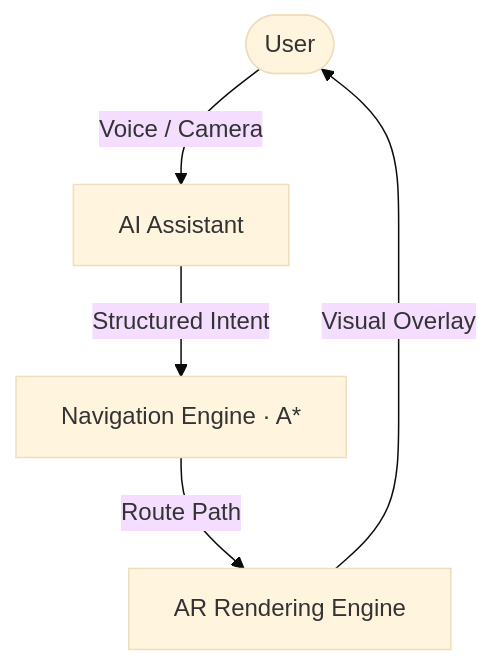
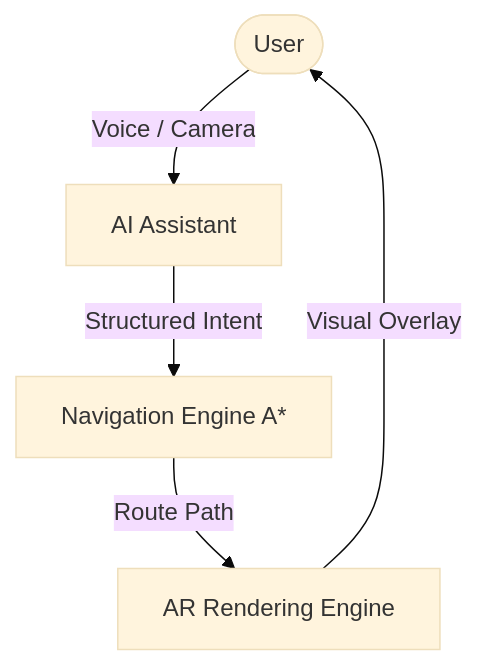
Before and after one commit to shivansh-kaushik/GAMEMNNIT: the first of 4 diagrams in README.md, drawn with Mermaid (base theme). The commit also changed other lines of this file and 20 other files, not shown here.

Commit message:
docs(thesis): finalize M.Tech thesis README, dynamic documentation architecture, and robust Mermaid rendering

````diff
--- a/README.md
+++ b/README.md
@@ -78,7 +79,7 @@
 ```mermaid
 graph TD
     User([User]) -->|Voice / Camera| AI[AI Assistant]
-    AI -->|Structured Intent| Nav[Navigation Engine · A*]
+    AI -->|Structured Intent| Nav["Navigation Engine A*"]
     Nav -->|Route Path| AR[AR Rendering Engine]
     AR -->|Visual Overlay| User
 ```
````
